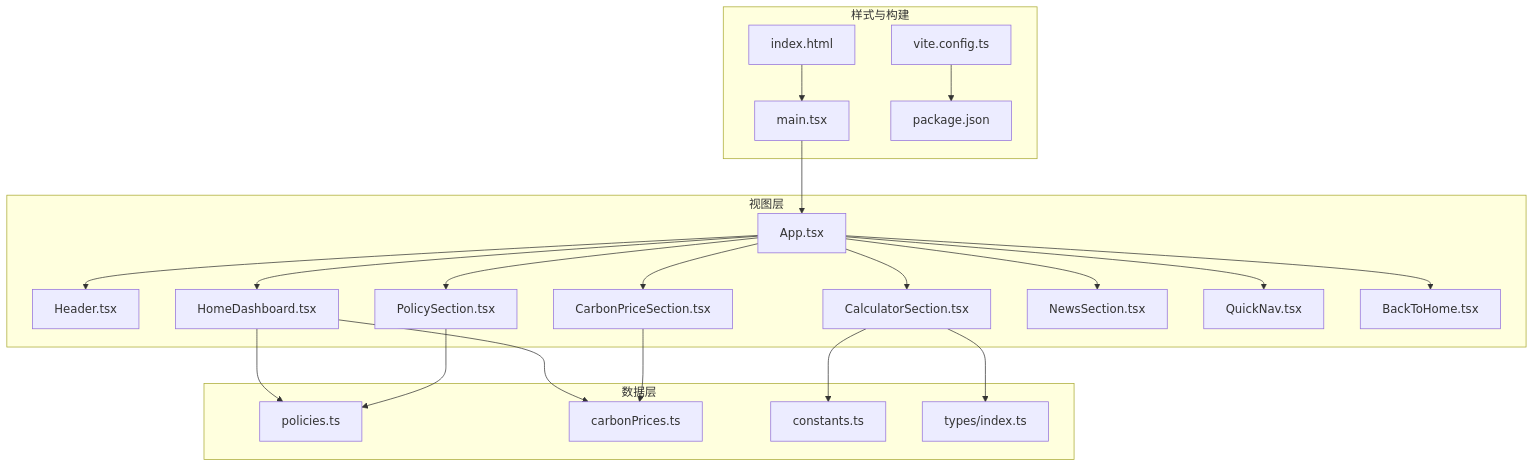
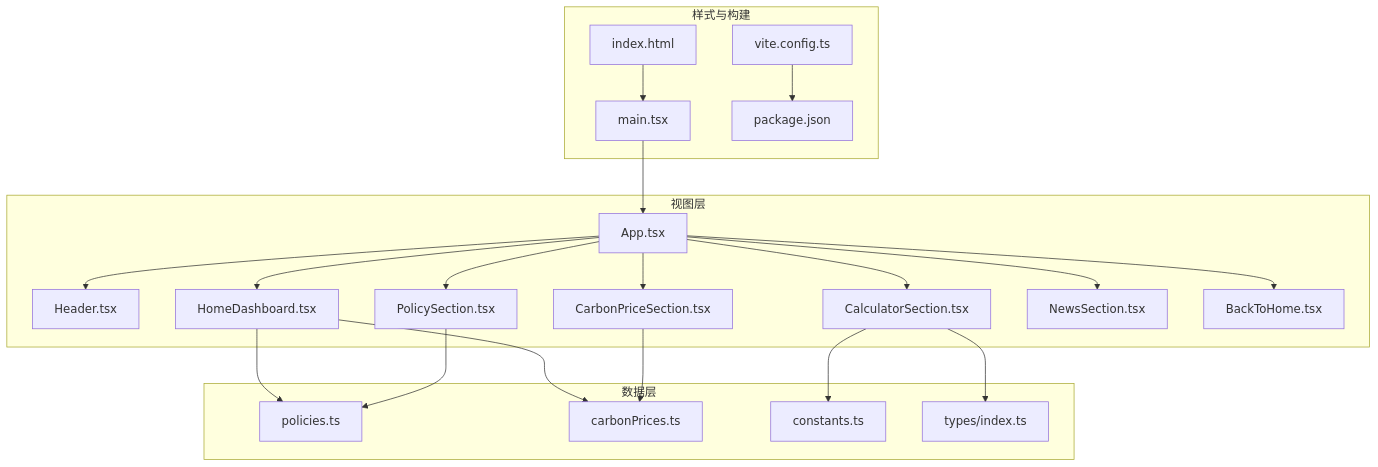
One commit to liangxuanliang-cmd/carbon-info-agent changed the second of 6 diagrams in .qoder/repowiki/zh/content/架构设计/应用架构.md. Above: the diagram before and after it, drawn with Mermaid. The commit also changed other lines of this file and 21 other files, not shown here.

````diff
--- a/.qoder/repowiki/zh/content/架构设计/应用架构.md
+++ b/.qoder/repowiki/zh/content/架构设计/应用架构.md
@@ -129,42 +128,40 @@
 ```mermaid
 graph TB
 subgraph "视图层"
 APP["App.tsx"]
 HDR["Header.tsx"]
 HD["HomeDashboard.tsx"]
 SEC1["PolicySection.tsx"]
 SEC2["CarbonPriceSection.tsx"]
 SEC3["CalculatorSection.tsx"]
 SEC4["NewsSection.tsx"]
-QN["QuickNav.tsx"]
 BTH["BackToHome.tsx"]
 end
 subgraph "数据层"
 DP["policies.ts"]
 DC["carbonPrices.ts"]
 CT["constants.ts"]
 TP["types/index.ts"]
 end
 subgraph "样式与构建"
 HTML["index.html"]
 MAIN["main.tsx"]
 VCFG["vite.config.ts"]
 PKG["package.json"]
 end
 HTML --> MAIN --> APP
 APP --> HDR
 APP --> HD
 APP --> SEC1
 APP --> SEC2
 APP --> SEC3
 APP --> SEC4
-APP --> QN
 APP --> BTH
 HD --> DP
 HD --> DC
 SEC1 --> DP
 SEC2 --> DC
 SEC3 --> CT
 SEC3 --> TP
 VCFG --> PKG
 ```
````
